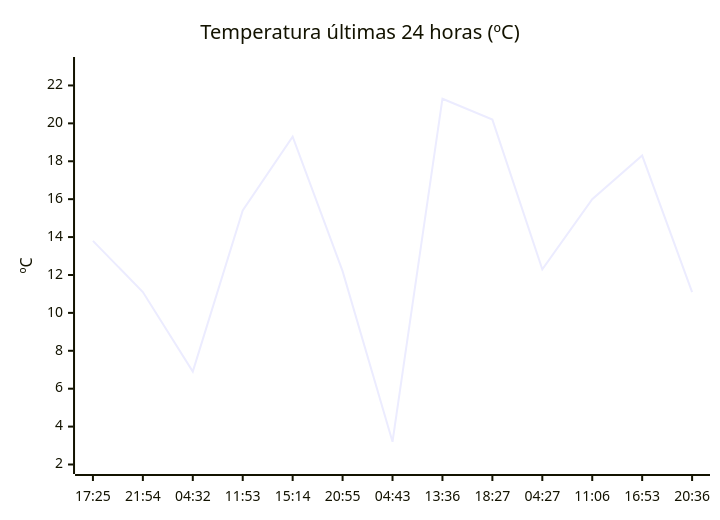
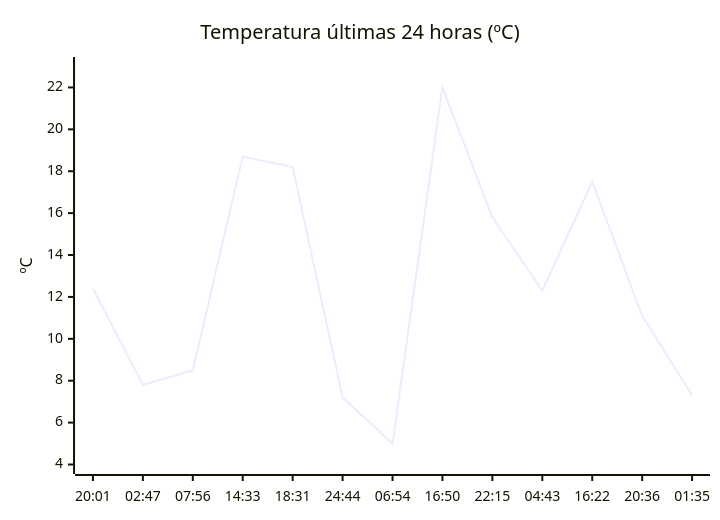
One commit to solidsnk86/rem-scrap changed the diagram in README.md. Above: the diagram before and after it, drawn with Mermaid. The commit also changed other lines of this file, not shown here.

````diff
--- a/README.md
+++ b/README.md
@@ -32,7 +32,7 @@
 ```mermaid
 xychart-beta
     title "Temperatura últimas 24 horas (ºC)"
-    x-axis ["17:25", "21:54", "04:32", "11:53", "15:14", "20:55", "04:43", "13:36", "18:27", "04:27", "11:06", "16:53", "20:36"]
-    y-axis "ºC" 2 --> 23
-    line [13.8, 11.1, 6.9, 15.4, 19.3, 12.2, 3.2, 21.3, 20.2, 12.3, 16, 18.3, 11.1]
+    x-axis ["20:01", "02:47", "07:56", "14:33", "18:31", "24:44", "06:54", "16:50", "22:15", "04:43", "16:22", "20:36", "01:35"]
+    y-axis "ºC" 4 --> 23
+    line [12.4, 7.8, 8.5, 18.7, 18.2, 7.2, 5, 22, 15.8, 12.3, 17.5, 11.1, 7.3]
 ```
````
